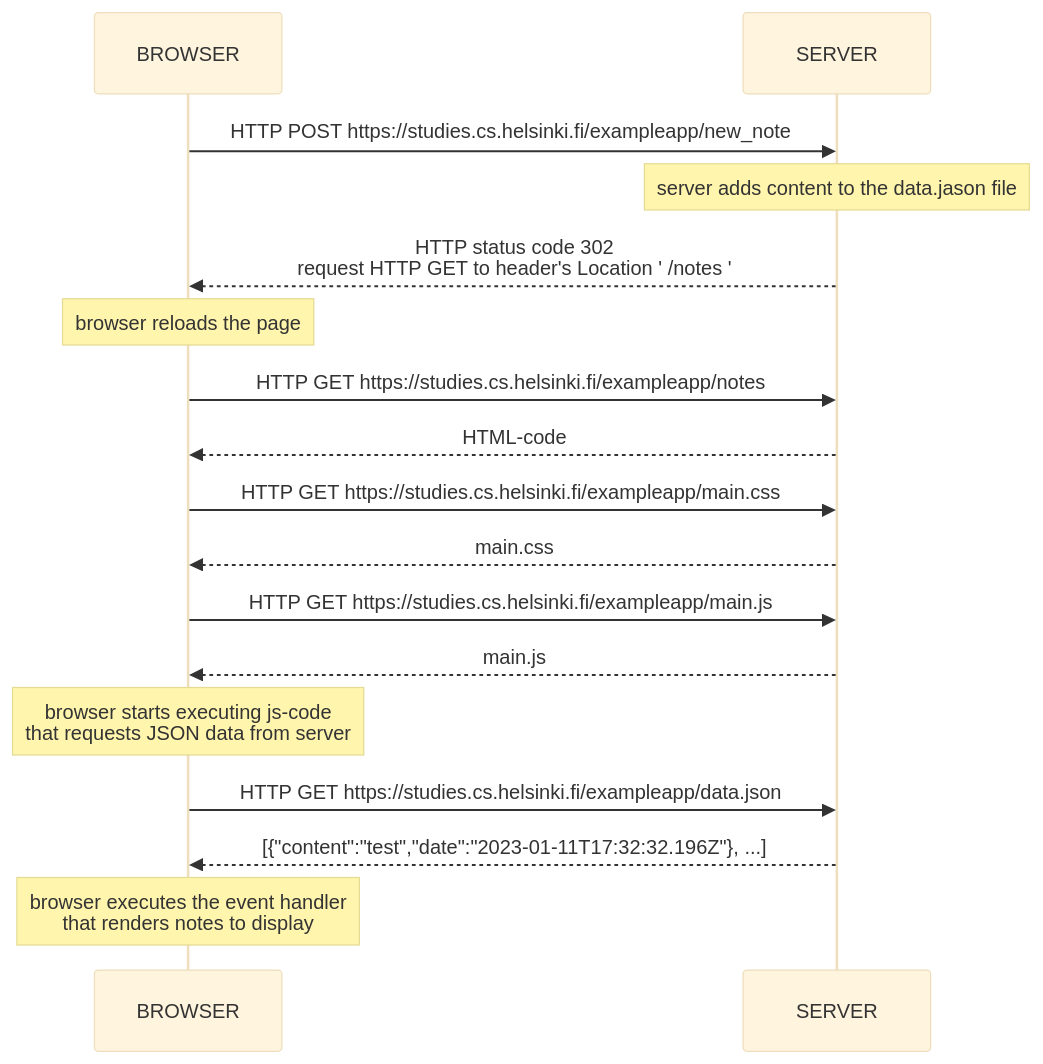
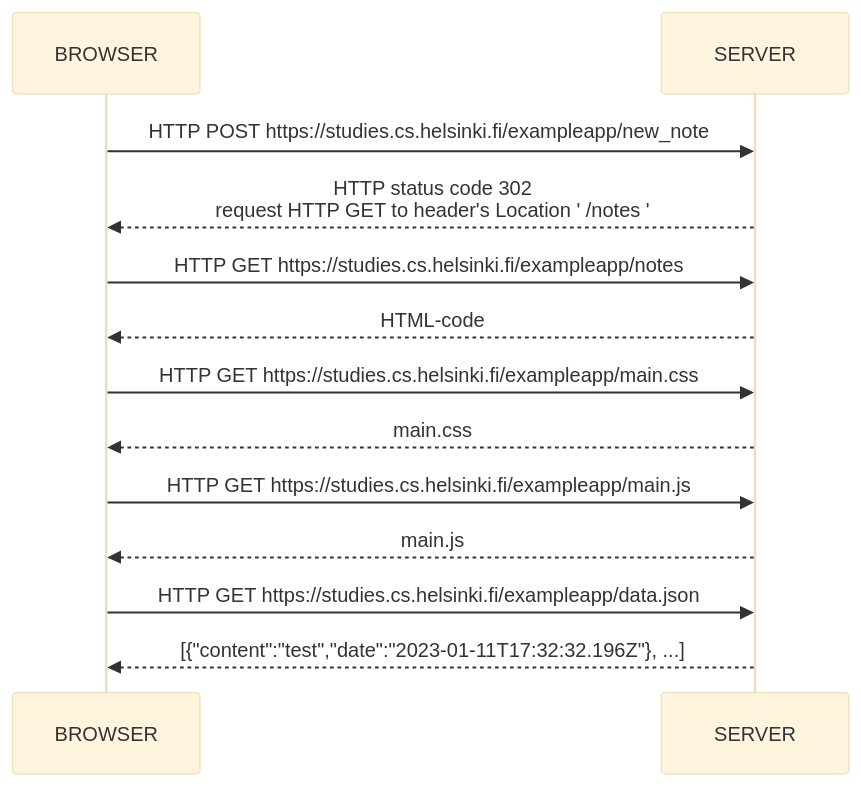
One commit to OVCZAR/Zawodowy changed the diagram in Folder/0.4.md. Above: the diagram before and after it, drawn with Mermaid (base theme).

````diff
--- a/Folder/0.4.md
+++ b/Folder/0.4.md
@@ -1,23 +1,18 @@
 ```mermaid
 sequenceDiagram
 
     BROWSER->>SERVER: HTTP POST https://studies.cs.helsinki.fi/exampleapp/new_note
-    Note over SERVER: server adds content to the data.jason file
     SERVER-->>BROWSER: HTTP status code 302 <br> request HTTP GET to header's Location ' /notes '
-    Note over BROWSER: browser reloads the page
     BROWSER->>SERVER: HTTP GET https://studies.cs.helsinki.fi/exampleapp/notes
     SERVER-->>BROWSER: HTML-code
     BROWSER->>SERVER: HTTP GET https://studies.cs.helsinki.fi/exampleapp/main.css
     SERVER-->>BROWSER: main.css
     BROWSER->>SERVER: HTTP GET https://studies.cs.helsinki.fi/exampleapp/main.js
     SERVER-->>BROWSER: main.js
 
-    Note over BROWSER: browser starts executing js-code <br> that requests JSON data from server 
-
     BROWSER->>SERVER: HTTP GET https://studies.cs.helsinki.fi/exampleapp/data.json
     SERVER-->>BROWSER: [{"content":"test","date":"2023-01-11T17:32:32.196Z"}, ...]
 
-    note over BROWSER: browser executes the event handler <br> that renders notes to display
 
 
 ```
````
